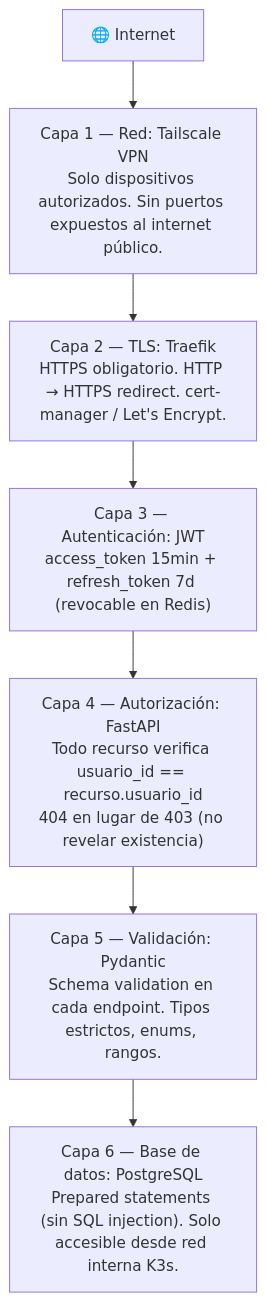
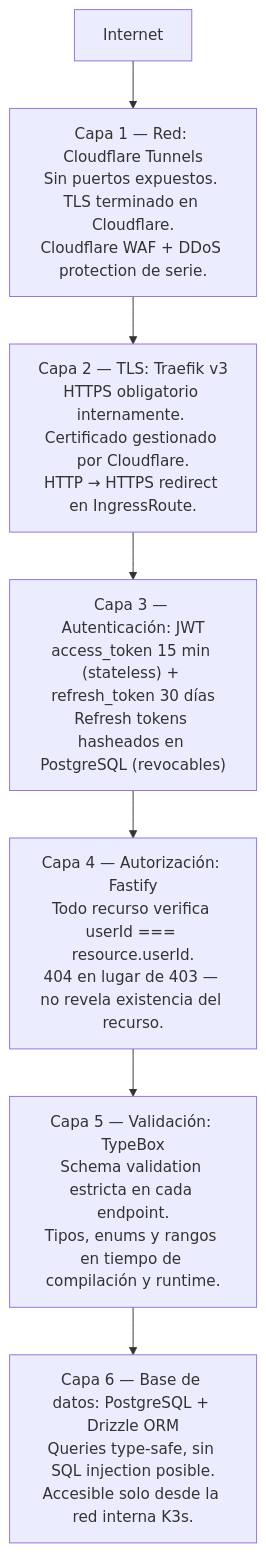
The first of 2 diagrams in arquitectura/security.md (root-jeff/Sotang-Documentation), drawn with Mermaid before and after one commit. The commit also changed other lines of this file and 17 other files, not shown here.

````diff
--- a/arquitectura/security.md
+++ b/arquitectura/security.md
@@ -5,11 +7,11 @@
 ```mermaid
 graph TB
-    L1["Capa 1 — Red: Tailscale VPN\nSolo dispositivos autorizados. Sin puertos expuestos al internet público."]
-    L2["Capa 2 — TLS: Traefik\nHTTPS obligatorio. HTTP → HTTPS redirect. cert-manager / Let's Encrypt."]
-    L3["Capa 3 — Autenticación: JWT\naccess_token 15min + refresh_token 7d (revocable en Redis)"]
-    L4["Capa 4 — Autorización: FastAPI\nTodo recurso verifica usuario_id == recurso.usuario_id\n404 en lugar de 403 (no revelar existencia)"]
-    L5["Capa 5 — Validación: Pydantic\nSchema validation en cada endpoint. Tipos estrictos, enums, rangos."]
-    L6["Capa 6 — Base de datos: PostgreSQL\nPrepared statements (sin SQL injection). Solo accesible desde red interna K3s."]
+    L1["Capa 1 — Red: Cloudflare Tunnels\nSin puertos expuestos. TLS terminado en Cloudflare.\nCloudflare WAF + DDoS protection de serie."]
+    L2["Capa 2 — TLS: Traefik v3\nHTTPS obligatorio internamente. Certificado gestionado por Cloudflare.\nHTTP → HTTPS redirect en IngressRoute."]
+    L3["Capa 3 — Autenticación: JWT\naccess_token 15 min (stateless) + refresh_token 30 días\nRefresh tokens hasheados en PostgreSQL (revocables)"]
+    L4["Capa 4 — Autorización: Fastify\nTodo recurso verifica userId === resource.userId.\n404 en lugar de 403 — no revela existencia del recurso."]
+    L5["Capa 5 — Validación: TypeBox\nSchema validation estricta en cada endpoint.\nTipos, enums y rangos en tiempo de compilación y runtime."]
+    L6["Capa 6 — Base de datos: PostgreSQL + Drizzle ORM\nQueries type-safe, sin SQL injection posible.\nAccesible solo desde la red interna K3s."]
 
-    INTERNET["🌐 Internet"] --> L1 --> L2 --> L3 --> L4 --> L5 --> L6
+    INTERNET["Internet"] --> L1 --> L2 --> L3 --> L4 --> L5 --> L6
 ```
````
